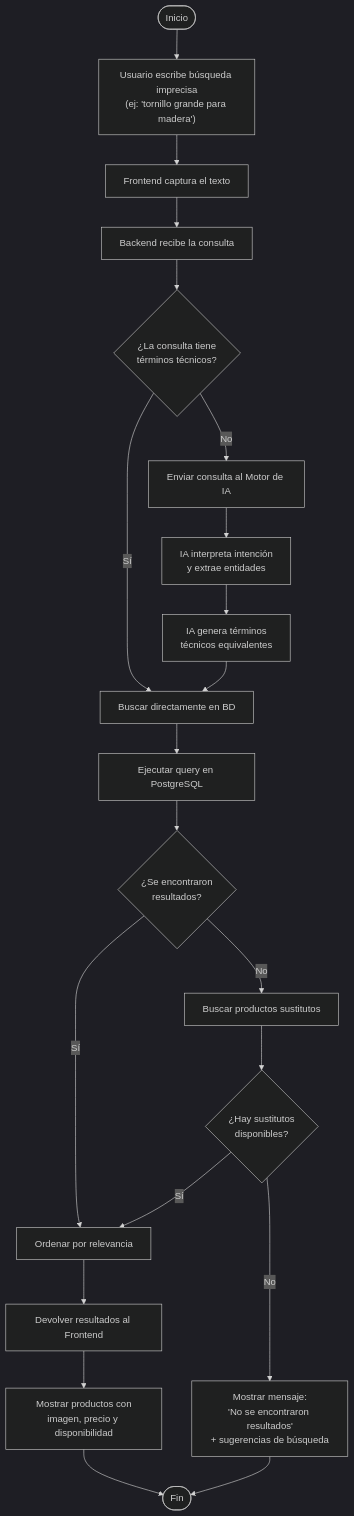
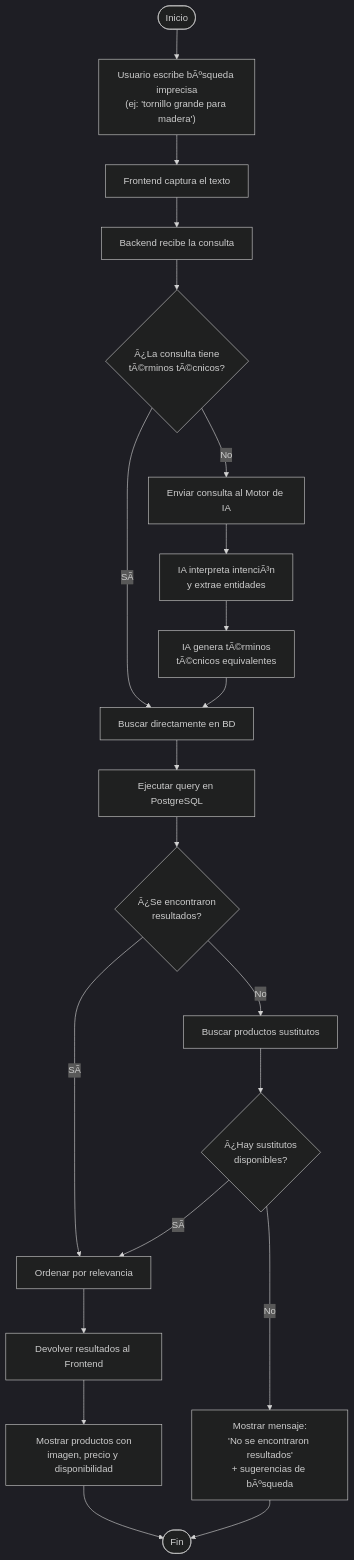
One commit to Samsr2001/buscador-ferreteria changed the second of 5 diagrams in diagramas_UML.md. Above: the diagram before and after it, drawn with Mermaid (dark theme). The commit also changed other lines of this file, not shown here.

Commit message:
docs: actualizar diagramas UML con arquitectura y base de datos

````diff
--- a/diagramas_UML.md
+++ b/diagramas_UML.md
@@ -40,29 +40,29 @@
 ```mermaid
 flowchart TD
-    A([Inicio]) --> B["Usuario escribe búsqueda imprecisa\n(ej: 'tornillo grande para madera')"]
+    A([Inicio]) --> B["Usuario escribe bÃºsqueda imprecisa\n(ej: 'tornillo grande para madera')"]
     B --> C["Frontend captura el texto"]
     C --> D["Backend recibe la consulta"]
-    D --> E{"¿La consulta tiene\ntérminos técnicos?"}
+    D --> E{"Â¿La consulta tiene\ntÃ©rminos tÃ©cnicos?"}
 
-    E -- Sí --> F["Buscar directamente en BD"]
+    E -- SÃ­ --> F["Buscar directamente en BD"]
     E -- No --> G["Enviar consulta al Motor de IA"]
 
-    G --> H["IA interpreta intención\ny extrae entidades"]
-    H --> I["IA genera términos\ntécnicos equivalentes"]
+    G --> H["IA interpreta intenciÃ³n\ny extrae entidades"]
+    H --> I["IA genera tÃ©rminos\ntÃ©cnicos equivalentes"]
     I --> F
 
     F --> J["Ejecutar query en PostgreSQL"]
-    J --> K{"¿Se encontraron\nresultados?"}
+    J --> K{"Â¿Se encontraron\nresultados?"}
 
-    K -- Sí --> L["Ordenar por relevancia"]
+    K -- SÃ­ --> L["Ordenar por relevancia"]
     K -- No --> M["Buscar productos sustitutos"]
-    M --> N{"¿Hay sustitutos\ndisponibles?"}
+    M --> N{"Â¿Hay sustitutos\ndisponibles?"}
 
-    N -- Sí --> L
-    N -- No --> O["Mostrar mensaje:\n'No se encontraron resultados'\n+ sugerencias de búsqueda"]
+    N -- SÃ­ --> L
+    N -- No --> O["Mostrar mensaje:\n'No se encontraron resultados'\n+ sugerencias de bÃºsqueda"]
     O --> P([Fin])
 
     L --> Q["Devolver resultados al Frontend"]
     Q --> R["Mostrar productos con\nimagen, precio y disponibilidad"]
     R --> P
 ```
````
